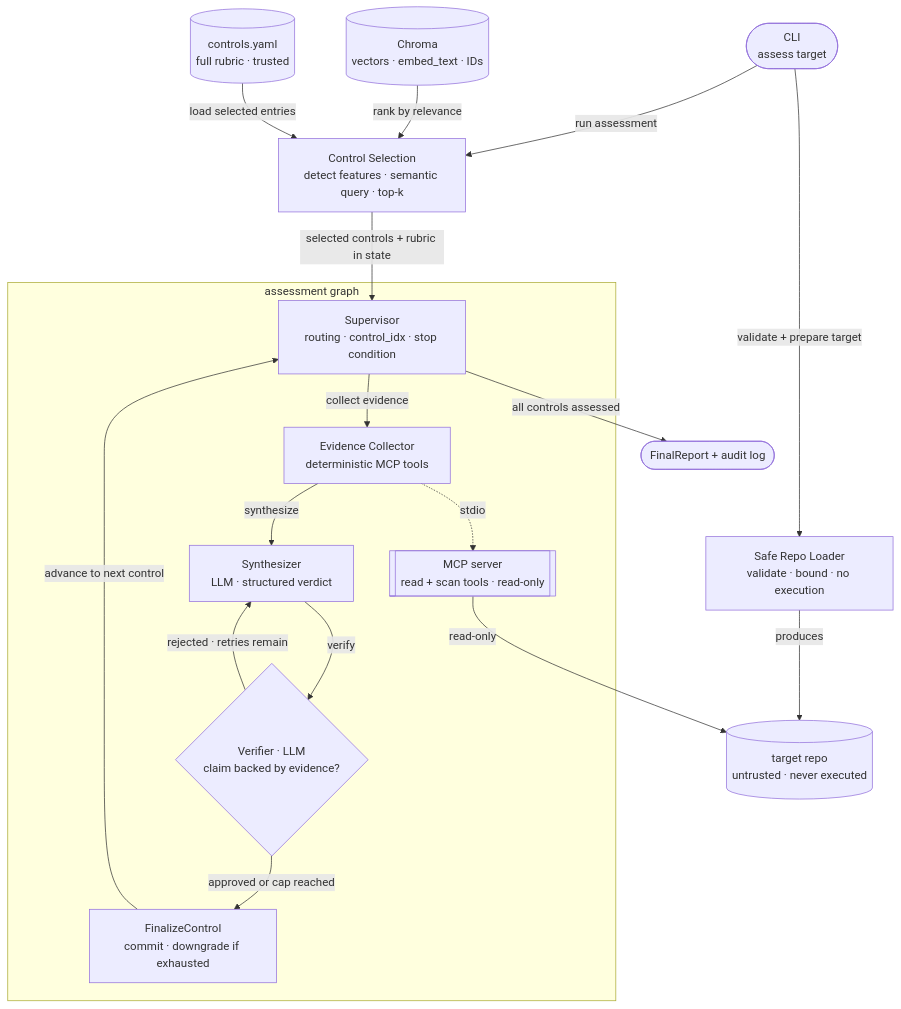
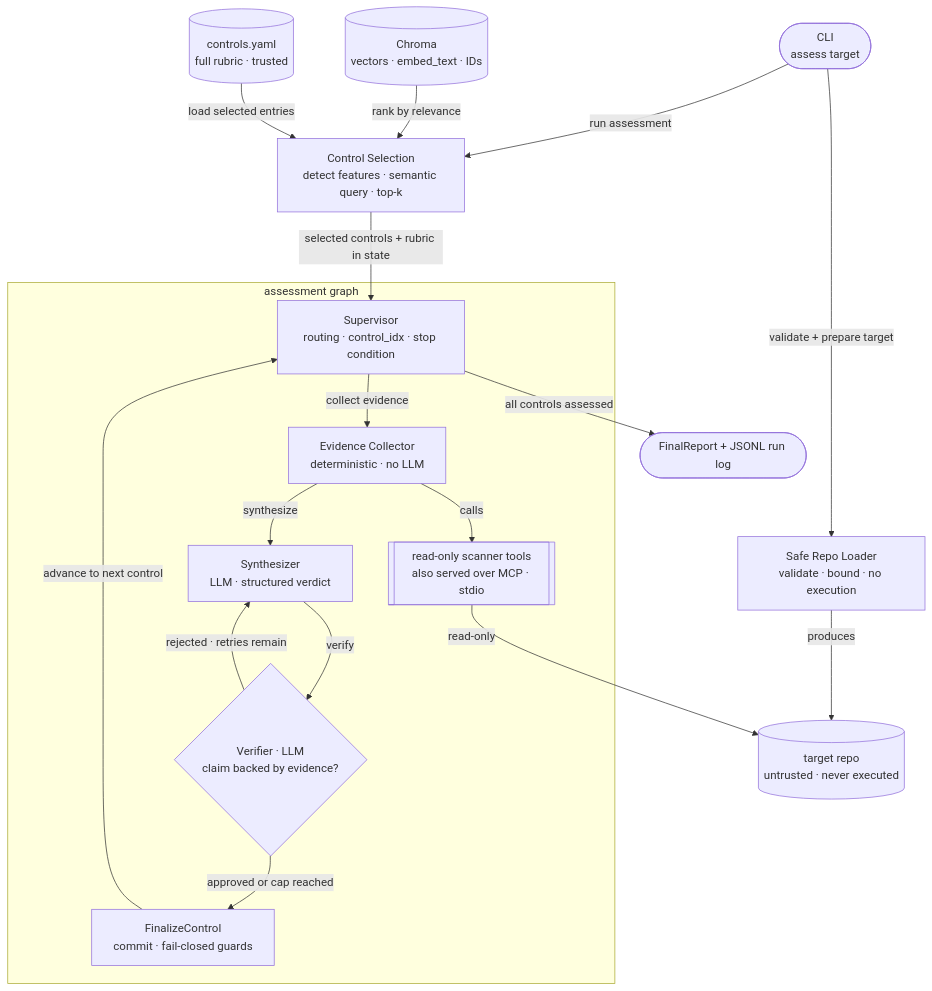
Before and after one commit to perspectivism/agentic-compliance-checker: the first of 2 diagrams in docs/ARCHITECTURE.md, drawn with Mermaid. The commit also changed other lines of this file and 34 other files, not shown here.

````diff
--- a/docs/ARCHITECTURE.md
+++ b/docs/ARCHITECTURE.md
@@ -17,30 +28,30 @@
 ```mermaid
 flowchart TD
     CLI([CLI<br/>assess target])
 
     CLI -->|validate + prepare target| LOADER[Safe Repo Loader<br/>validate · bound · no execution]
     LOADER -->|produces| REPO[(target repo<br/>untrusted · never executed)]
 
     CLI -->|run assessment| SELECTION[Control Selection<br/>detect features · semantic query · top-k]
     CHROMA[(Chroma<br/>vectors · embed_text · IDs)] -->|rank by relevance| SELECTION
     YAML[(controls.yaml<br/>full rubric · trusted)] -->|load selected entries| SELECTION
     SELECTION -->|"selected controls + rubric in state"| SUPERVISOR
 
     subgraph GRAPH [assessment graph]
         SUPERVISOR[Supervisor<br/>routing · control_idx · stop condition]
 
-        SUPERVISOR -->|collect evidence| COLLECTOR[Evidence Collector<br/>deterministic MCP tools]
-        COLLECTOR -. stdio .-> MCP[[MCP server<br/>read + scan tools · read-only]]
+        SUPERVISOR -->|collect evidence| COLLECTOR[Evidence Collector<br/>deterministic · no LLM]
+        COLLECTOR -->|calls| SCANNERS[[read-only scanner tools<br/>also served over MCP · stdio]]
 
         COLLECTOR -->|synthesize| SYNTH[Synthesizer<br/>LLM · structured verdict]
         SYNTH -->|verify| VERIFIER{Verifier · LLM<br/>claim backed by evidence?}
 
-        VERIFIER -->|approved or cap reached| FINALIZE[FinalizeControl<br/>commit · downgrade if exhausted]
+        VERIFIER -->|approved or cap reached| FINALIZE[FinalizeControl<br/>commit · fail-closed guards]
         FINALIZE -->|"advance to next control"| SUPERVISOR
         VERIFIER -->|"rejected · retries remain"| SYNTH
     end
 
-    SUPERVISOR -->|all controls assessed| FINAL([FinalReport + audit log])
+    SUPERVISOR -->|all controls assessed| FINAL([FinalReport + JSONL run log])
 
-    MCP -->|read-only| REPO
+    SCANNERS -->|read-only| REPO
 ```
````
